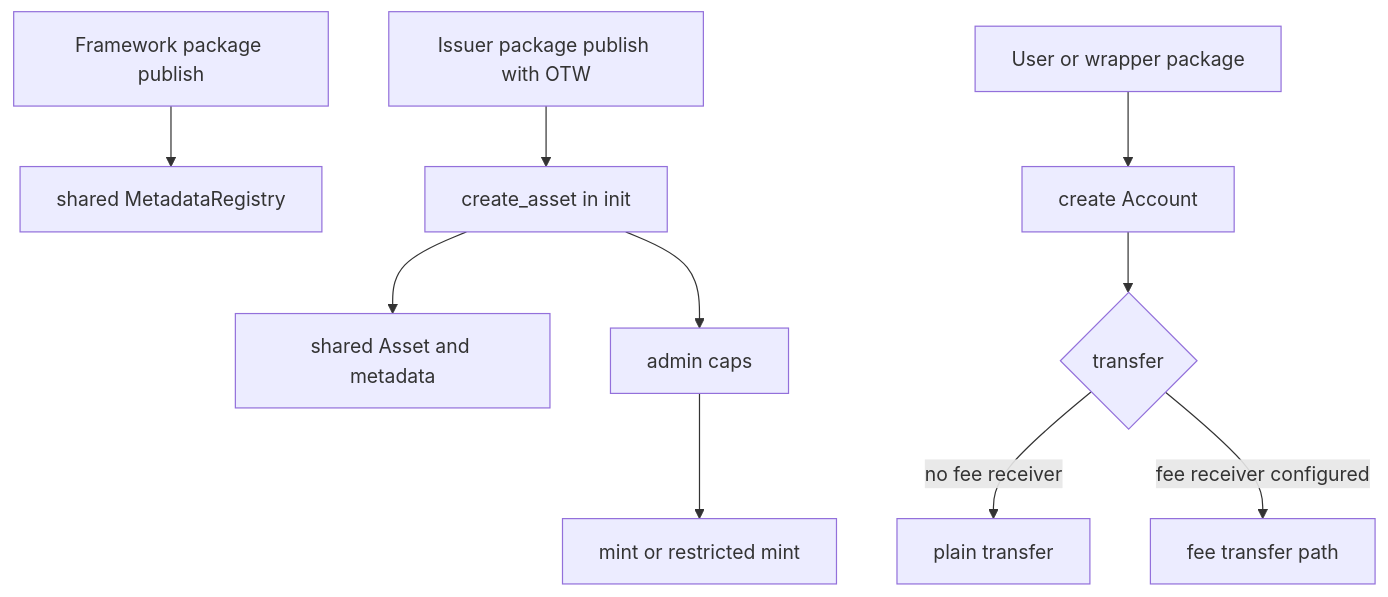
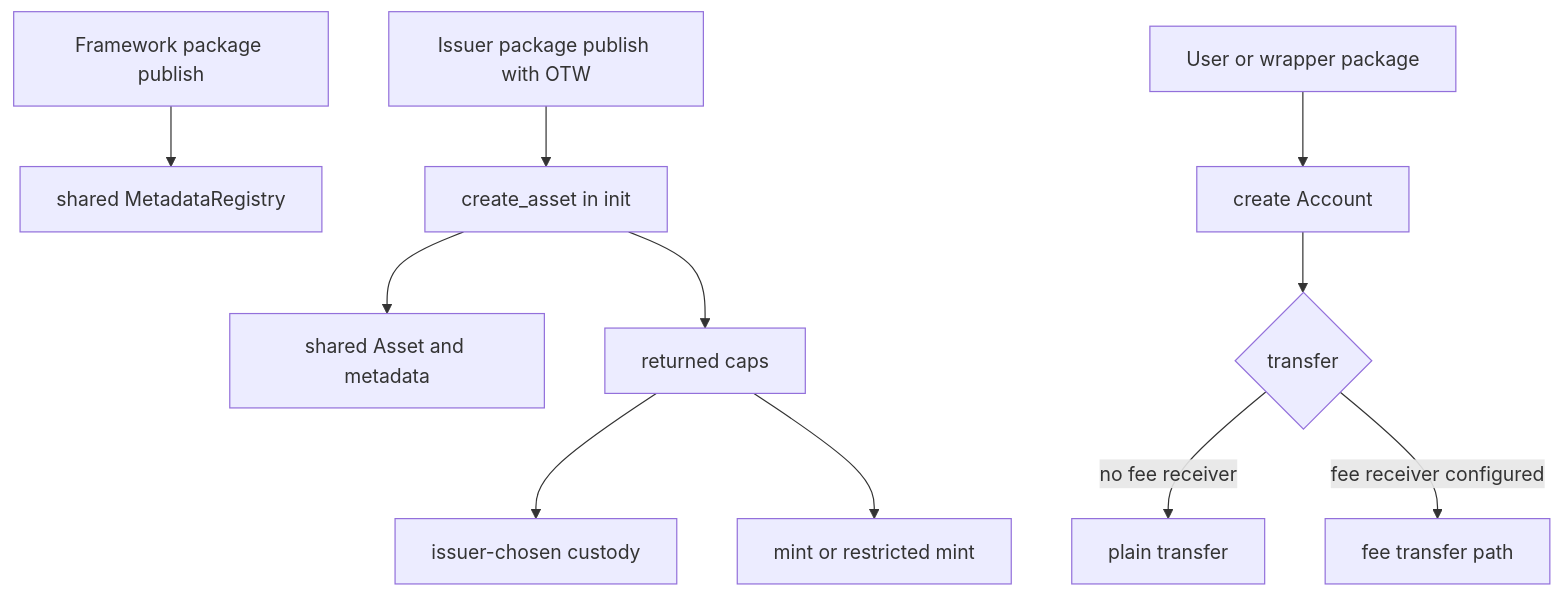
Before and after one commit to 92GC/regulated-account: the second of 2 diagrams in README.md, drawn with Mermaid. The commit also changed other lines of this file and 1 other file, not shown here.

Commit message:
Return issuer caps from asset creation

````diff
--- a/README.md
+++ b/README.md
@@ -43,12 +45,13 @@
 ```mermaid
 flowchart TD
     framework[Framework package publish] --> registry[shared MetadataRegistry]
     issuer[Issuer package publish with OTW] --> create[create_asset in init]
     create --> asset[shared Asset and metadata]
-    create --> caps[admin caps]
+    create --> caps[returned caps]
+    caps --> custody[issuer-chosen custody]
     user[User or wrapper package] --> account[create Account]
     caps --> mint[mint or restricted mint]
     account --> transfer{transfer}
     transfer -->|no fee receiver| plain[plain transfer]
     transfer -->|fee receiver configured| fee[fee transfer path]
 ```
````
